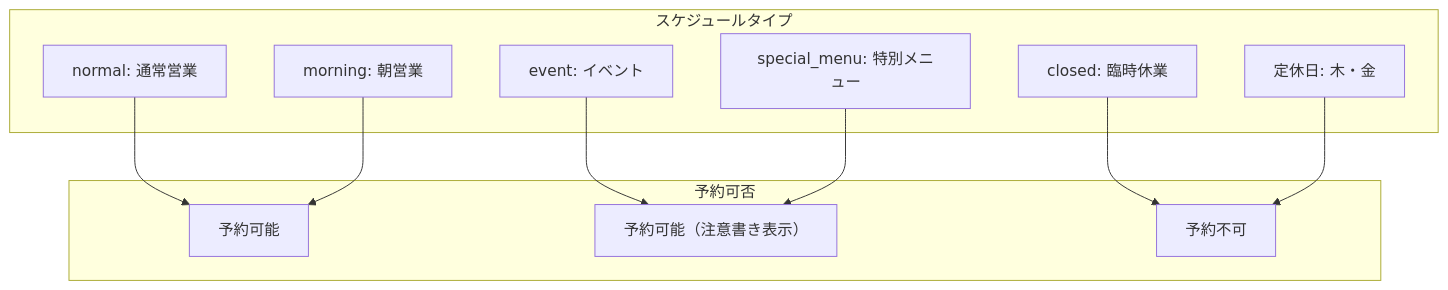
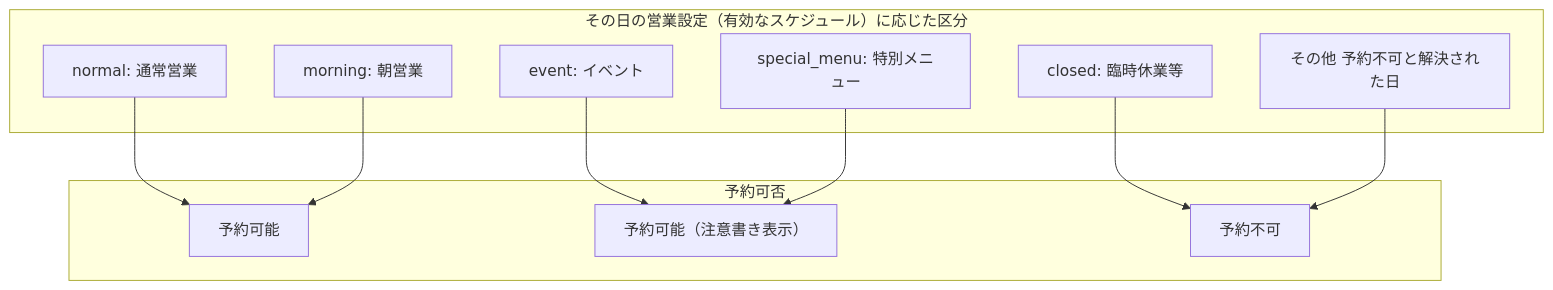
The sixth of 9 diagrams in docs/data_flow.md (cergijame101007/satehits), drawn with Mermaid before and after one commit. The commit also changed other lines of this file and 30 other files, not shown here.

First line of the commit message:
feat: 予約作成・一覧APIの拡張とschema_migrations移行 (#7)

````diff
--- a/docs/data_flow.md
+++ b/docs/data_flow.md
@@ -180,24 +184,24 @@
 ```mermaid
 flowchart TB
-    subgraph ScheduleType[スケジュールタイプ]
+    subgraph ScheduleType[その日の営業設定（有効なスケジュール）に応じた区分]
         Normal[normal: 通常営業]
         Morning[morning: 朝営業]
         Event[event: イベント]
         Special[special_menu: 特別メニュー]
-        Closed[closed: 臨時休業]
-        Holiday[定休日: 木・金]
+        Closed[closed: 臨時休業等]
+        NoBook[その他 予約不可と解決された日]
     end
 
     subgraph Reservable[予約可否]
         Yes[予約可能]
         YesWithNote[予約可能（注意書き表示）]
         No[予約不可]
     end
 
     Normal --> Yes
     Morning --> Yes
     Event --> YesWithNote
     Special --> YesWithNote
     Closed --> No
-    Holiday --> No
+    NoBook --> No
 ```
````
